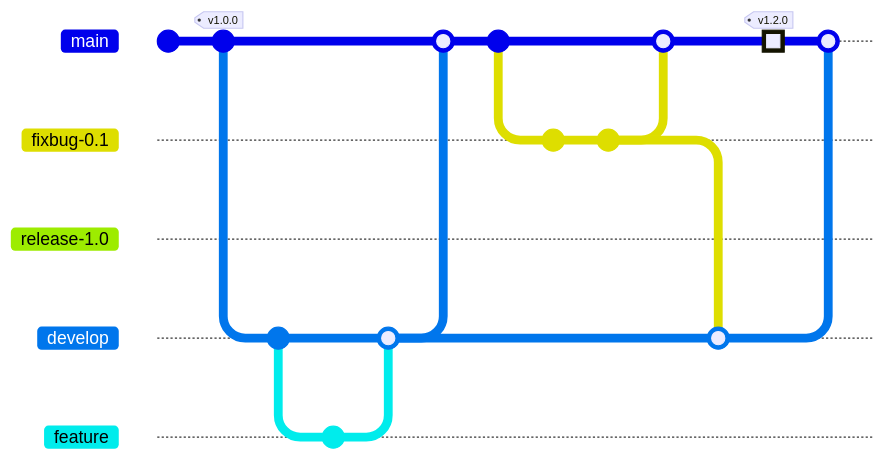
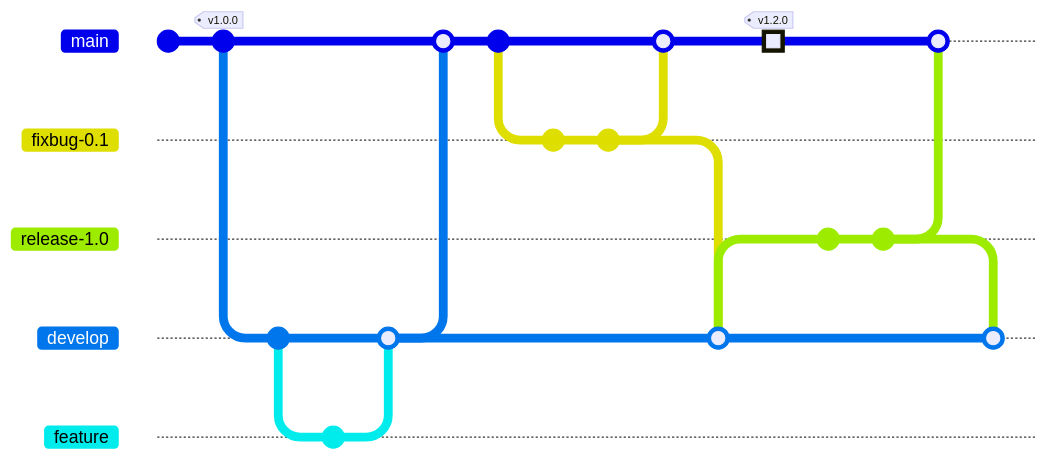
One commit to Szyln/noteForWork changed the diagram in Release Branch.md. Above: the diagram before and after it, drawn with Mermaid. The commit also changed other lines of this file and 2 other files, not shown here. Commit ids are hidden.

````diff
--- a/Release Branch.md
+++ b/Release Branch.md
@@ -6,30 +6,35 @@
 ```mermaid
 gitGraph
 	commit
 	commit tag: "v1.0.0"
 	branch develop order: 1
 	checkout develop
 	commit
 	branch feature order: 2
 	checkout feature
 	commit id: "feature 1"
 	checkout develop
 	merge feature
 	checkout main
 	merge develop
 	commit
 	branch fixbug-0.1
 	checkout fixbug-0.1
 	commit
 	commit
 	checkout main
 	merge fixbug-0.1
 	checkout develop
 	merge fixbug-0.1
 	checkout main
 	commit id: "Highlight" type: HIGHLIGHT tag: "v1.2.0"
 	checkout develop
 	branch release-1.0
+	checkout release-1.0
+	commit
+	commit
 	checkout main
 	merge release-1.0
+	checkout develop
+	merge release-1.0
 ```
````
